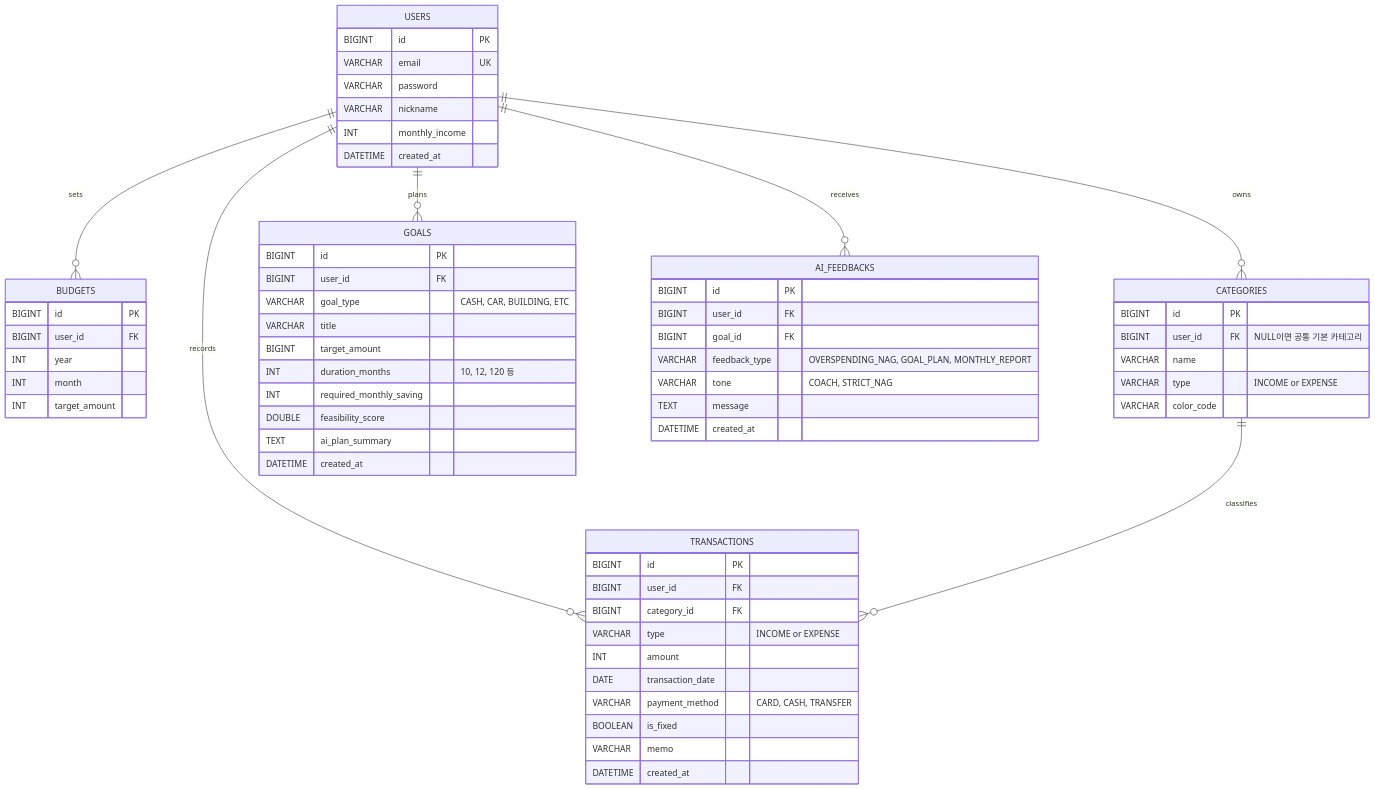
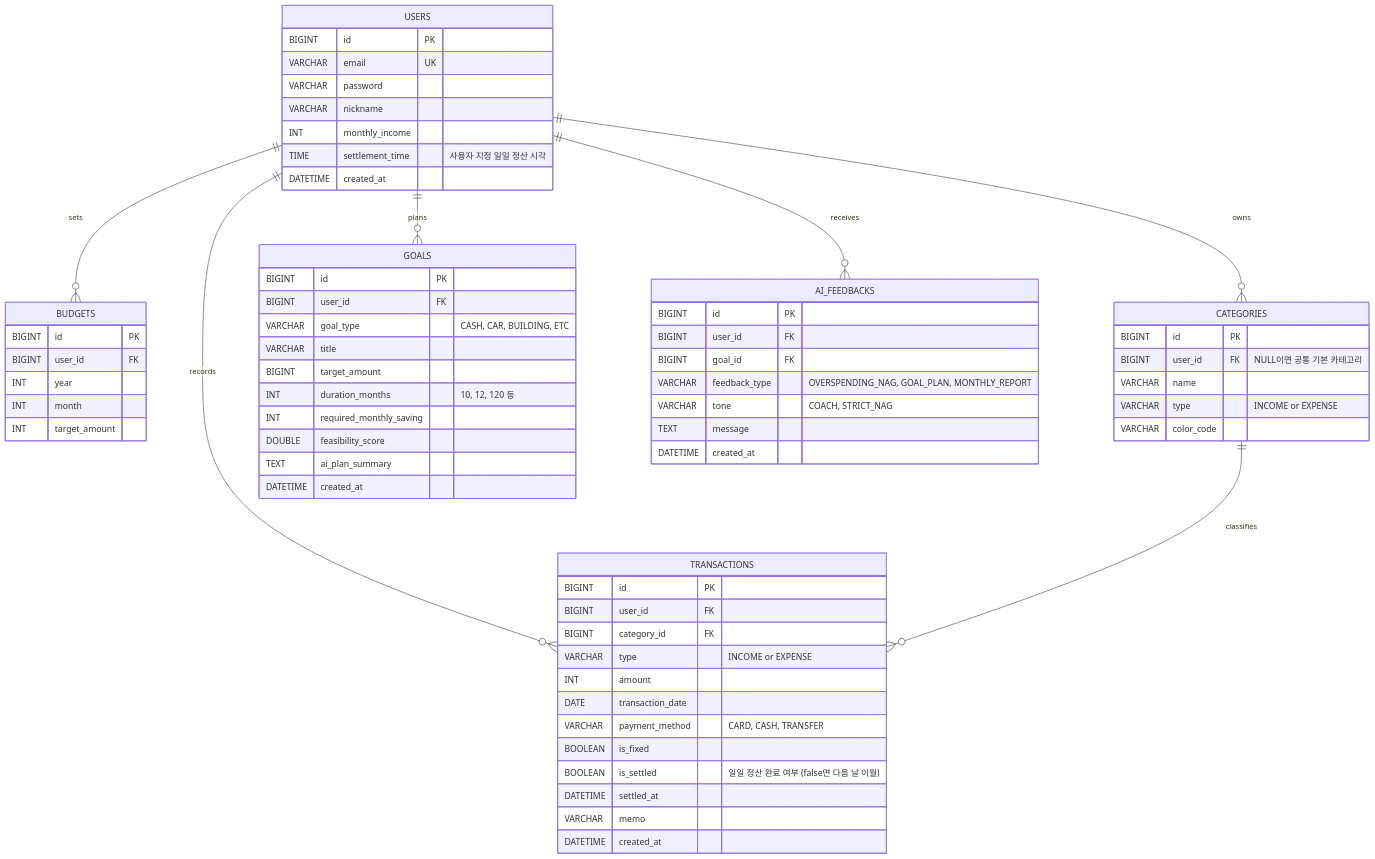
The second of 2 diagrams in docs/PLAN.md (opiniom/PFS), drawn with Mermaid before and after one commit. The commit also changed other lines of this file and 1 other file, not shown here.

Commit message:
docs: add daily settlement and rollover system for sustainability and convenience

````diff
--- a/docs/PLAN.md
+++ b/docs/PLAN.md
@@ -90,70 +94,73 @@
 ```mermaid
 erDiagram
     USERS ||--o{ TRANSACTIONS : records
     USERS ||--o{ BUDGETS : sets
     USERS ||--o{ CATEGORIES : owns
     USERS ||--o{ GOALS : plans
     USERS ||--o{ AI_FEEDBACKS : receives
     CATEGORIES ||--o{ TRANSACTIONS : classifies
 
     USERS {
         BIGINT id PK
         VARCHAR email UK
         VARCHAR password
         VARCHAR nickname
         INT monthly_income
+        TIME settlement_time "사용자 지정 일일 정산 시각"
         DATETIME created_at
     }
 
     CATEGORIES {
         BIGINT id PK
         BIGINT user_id FK "NULL이면 공통 기본 카테고리"
         VARCHAR name
         VARCHAR type "INCOME or EXPENSE"
         VARCHAR color_code
     }
 
     TRANSACTIONS {
         BIGINT id PK
         BIGINT user_id FK
         BIGINT category_id FK
         VARCHAR type "INCOME or EXPENSE"
         INT amount
         DATE transaction_date
         VARCHAR payment_method "CARD, CASH, TRANSFER"
         BOOLEAN is_fixed
+        BOOLEAN is_settled "일일 정산 완료 여부 (false면 다음 날 이월)"
+        DATETIME settled_at
         VARCHAR memo
         DATETIME created_at
     }
 
     BUDGETS {
         BIGINT id PK
         BIGINT user_id FK
         INT year
         INT month
         INT target_amount
     }
 
     GOALS {
         BIGINT id PK
         BIGINT user_id FK
         VARCHAR goal_type "CASH, CAR, BUILDING, ETC"
         VARCHAR title
         BIGINT target_amount
         INT duration_months "10, 12, 120 등"
         INT required_monthly_saving
         DOUBLE feasibility_score
         TEXT ai_plan_summary
         DATETIME created_at
     }
 
     AI_FEEDBACKS {
         BIGINT id PK
         BIGINT user_id FK
         BIGINT goal_id FK
         VARCHAR feedback_type "OVERSPENDING_NAG, GOAL_PLAN, MONTHLY_REPORT"
         VARCHAR tone "COACH, STRICT_NAG"
         TEXT message
         DATETIME created_at
     }
 ```
````
